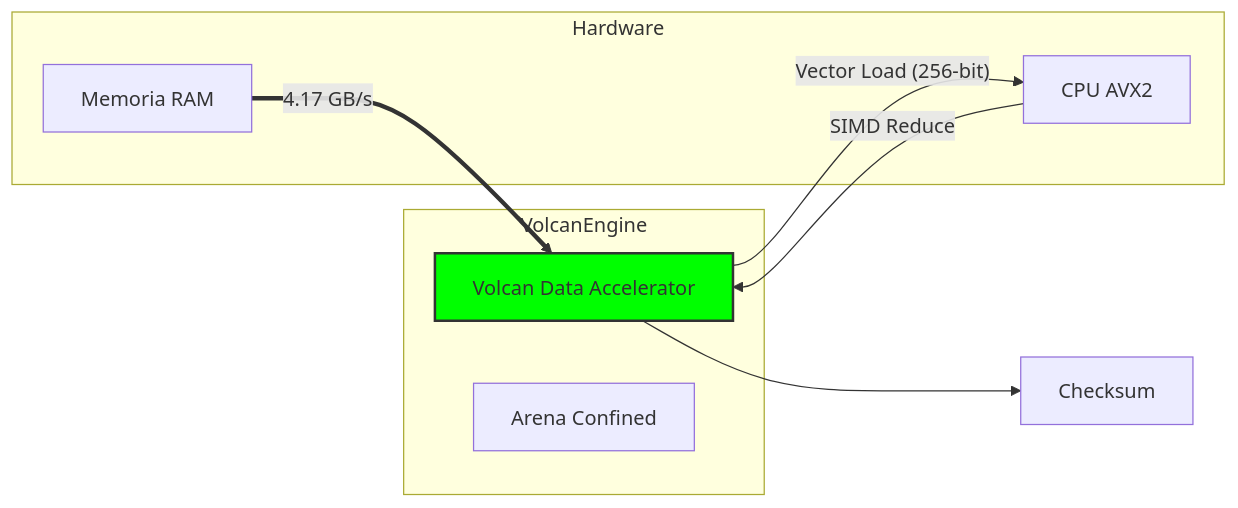
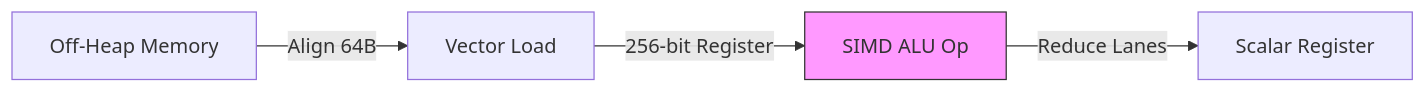
The diagram in docs/standards/ACCELERATOR_CERTIFICATION.md (MarvinGokuu/VolcanEngine), drawn with Mermaid before and after one commit. The commit also changed other lines of this file and 41 other files, not shown here.

````diff
--- a/docs/standards/ACCELERATOR_CERTIFICATION.md
+++ b/docs/standards/ACCELERATOR_CERTIFICATION.md
@@ -45,19 +56,8 @@
 ```mermaid
 graph LR
-    subgraph Hardware
-        RAM[Memoria RAM]
-        CPU[CPU AVX2]
-    end
+    RAM[Off-Heap Memory] -->|Align 64B| Load[Vector Load]
+    Load -->|256-bit Register| ALU[SIMD ALU Op]
+    ALU -->|Reduce Lanes| Reg[Scalar Register]
     
-    subgraph VolcanEngine
-        VDA[Volcan Data Accelerator]
-        Arena[Arena Confined]
-    end
-    
-    RAM == "4.17 GB/s" ==> VDA
-    VDA -- "Vector Load (256-bit)" --> CPU
-    CPU -- "SIMD Reduce" --> VDA
-    VDA --> Result[Checksum]
-    
-    style VDA fill:#0f0,stroke:#333,stroke-width:2px
+    style ALU fill:#f9f,stroke:#333
 ```
````
